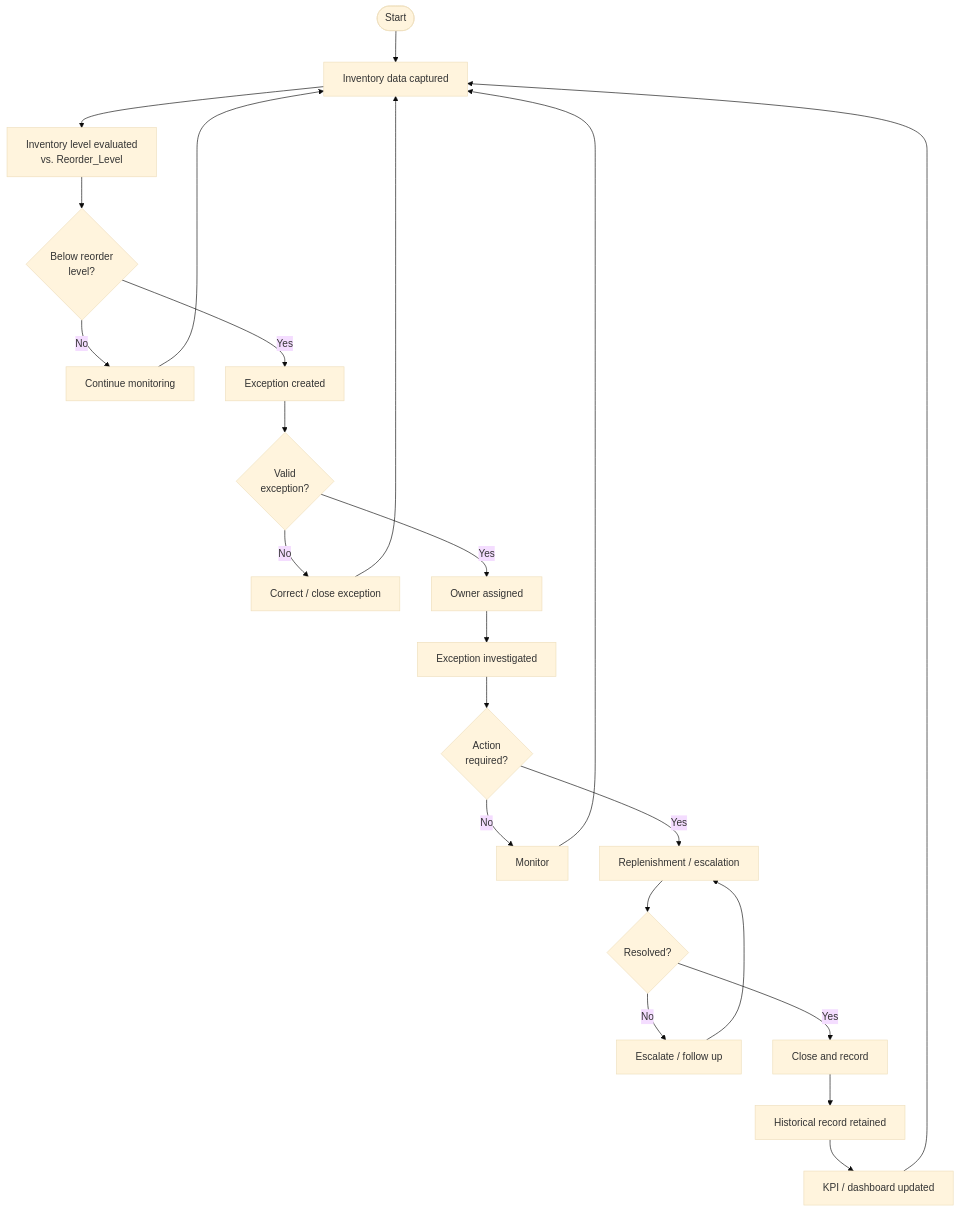
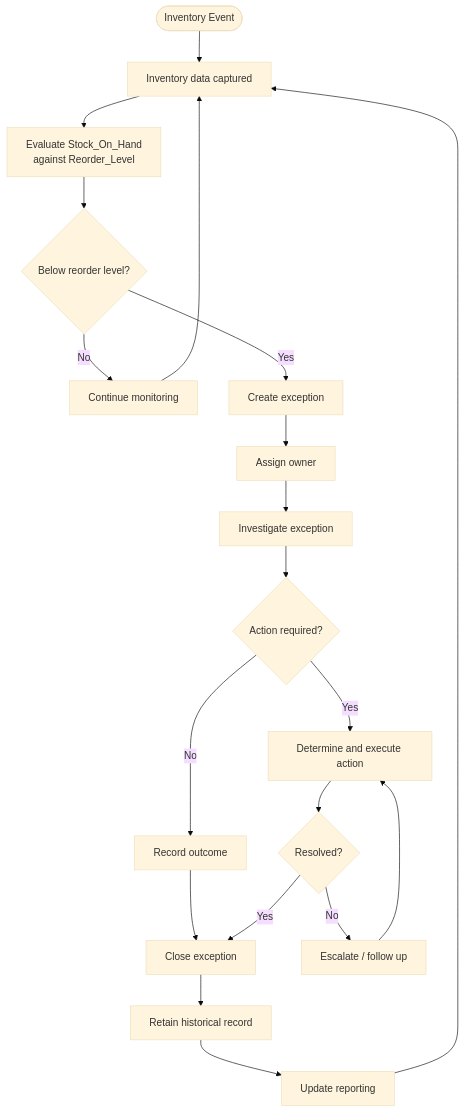
The diagram in process-modeling/to-be-process/to-be-process-design.md (kavigamage-da/retail-sales-inventory-business-analysis), drawn with Mermaid (base theme) before and after one commit. The commit also changed other lines of this file, not shown here.

````diff
--- a/process-modeling/to-be-process/to-be-process-design.md
+++ b/process-modeling/to-be-process/to-be-process-design.md
@@ -45,25 +67,28 @@
 ```mermaid
 flowchart TD
-    Start([Start]) --> A[Inventory data captured]
-    A --> B[Inventory level evaluated<br/>vs. Reorder_Level]
-    B --> C{Below reorder<br/>level?}
+    Start([Inventory Event]) --> A[Inventory data captured]
+    A --> B[Evaluate Stock_On_Hand<br/>against Reorder_Level]
+    B --> C{Below reorder level?}
+
     C -->|No| D[Continue monitoring]
     D --> A
-    C -->|Yes| E[Exception created]
-    E --> F{Valid<br/>exception?}
-    F -->|No| G[Correct / close exception]
-    G --> A
-    F -->|Yes| H[Owner assigned]
-    H --> I[Exception investigated]
-    I --> J{Action<br/>required?}
-    J -->|No| K[Monitor]
-    K --> A
-    J -->|Yes| L[Replenishment / escalation]
-    L --> M{Resolved?}
-    M -->|No| N[Escalate / follow up]
-    N --> L
-    M -->|Yes| O[Close and record]
-    O --> P[Historical record retained]
-    P --> Q[KPI / dashboard updated]
-    Q --> A
+
+    C -->|Yes| E[Create exception]
+    E --> F[Assign owner]
+    F --> G[Investigate exception]
+    G --> H{Action required?}
+
+    H -->|No| I[Record outcome]
+    I --> J[Close exception]
+
+    H -->|Yes| K[Determine and execute action]
+    K --> L{Resolved?}
+
+    L -->|No| M[Escalate / follow up]
+    M --> K
+
+    L -->|Yes| J[Close exception]
+    J --> N[Retain historical record]
+    N --> O[Update reporting]
+    O --> A
 ```
````
